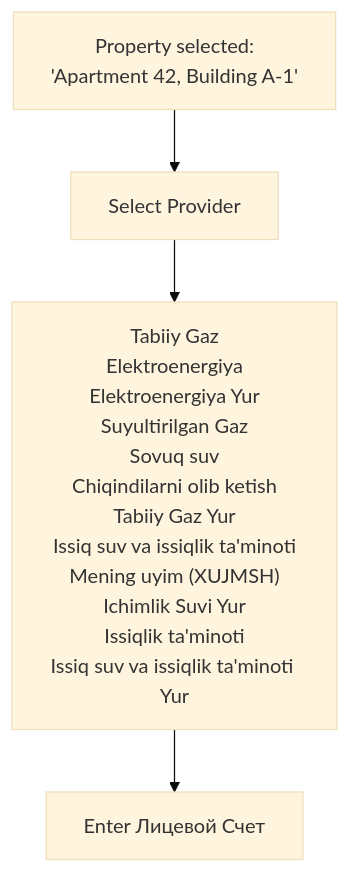
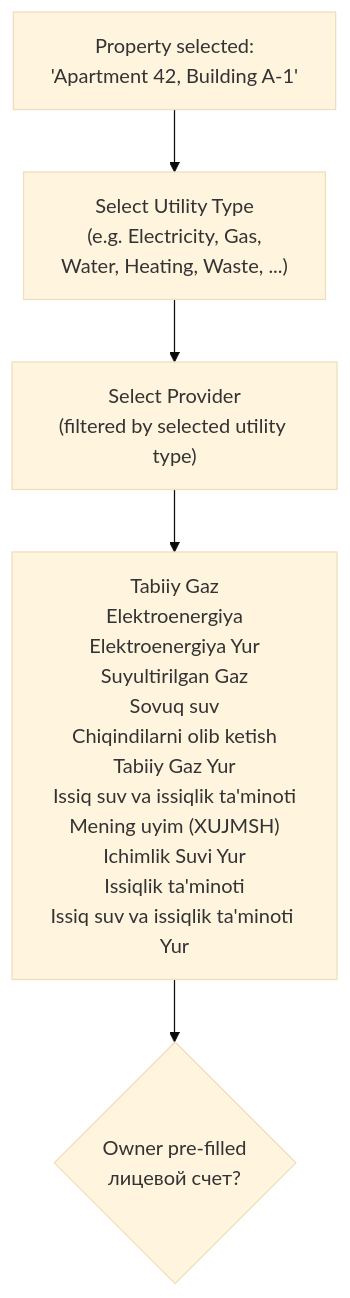
The third of 9 diagrams in utilities-payment-userflow.md (saodatm-dev/Utilities---Informational-Architecture), drawn with Mermaid (base theme) before and after one commit. The commit also changed other lines of this file and 1 other file, not shown here.

Commit message:
feat: Introduce categorized utility selection and refine OTP requirement to card registration only.

````diff
--- a/utilities-payment-userflow.md
+++ b/utilities-payment-userflow.md
@@ -107,9 +107,11 @@
 ```mermaid
 flowchart TD
-    PROP["Property selected:<br/>'Apartment 42, Building A-1'"] --> UTIL_TYPE["Select Provider"]
+    PROP["Property selected:<br/>'Apartment 42, Building A-1'"] --> UTIL_CAT["Select Utility Type<br/>(e.g. Electricity, Gas,<br/>Water, Heating, Waste, ...)"]
+
+    UTIL_CAT --> UTIL_TYPE["Select Provider<br/>(filtered by selected utility type)"]
 
     UTIL_TYPE --> UT_LIST["Tabiiy Gaz<br/>Elektroenergiya<br/>Elektroenergiya Yur<br/>Suyultirilgan Gaz<br/>Sovuq suv<br/>Chiqindilarni olib ketish<br/>Tabiiy Gaz Yur<br/>Issiq suv va issiqlik ta'minoti<br/>Mening uyim (XUJMSH)<br/>Ichimlik Suvi Yur<br/>Issiqlik ta'minoti<br/>Issiq suv va issiqlik ta'minoti Yur"]
 
-    UT_LIST --> PROVIDER["Enter Лицевой Счет"]
+    UT_LIST --> CHECK_PREFILL{"Owner pre-filled<br/>лицевой счет?"}
 
 ```
````
